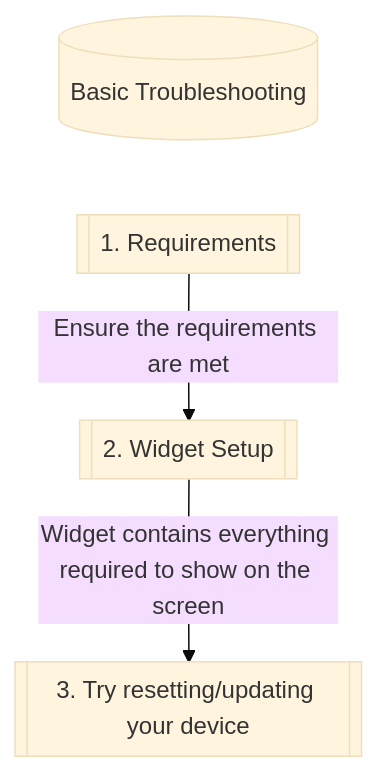
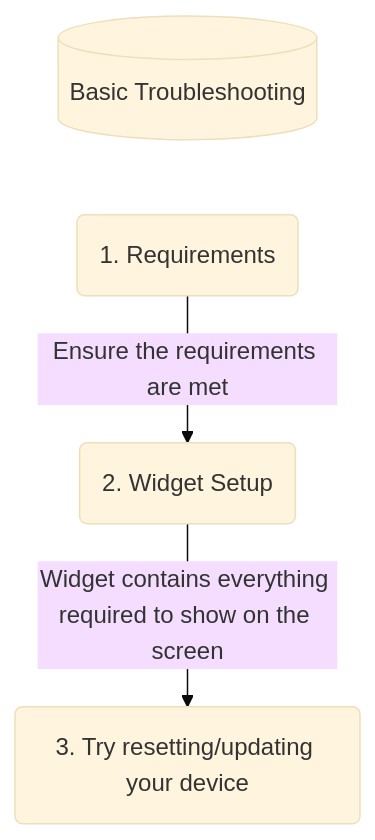
The first of 2 diagrams in README.md (dombartenope/LATroubleShooting), drawn with Mermaid (base theme) before and after one commit.

Commit message:
Mermaid JS Markdown change
Double square brackets was not recognized when shown in the README display for the repo

````diff
--- a/README.md
+++ b/README.md
@@ -4,6 +4,6 @@
 ```mermaid
 flowchart TD
-idLevel1[(Basic Troubleshooting)] ~~~ id1[[1. Requirements]]
--->|Ensure the requirements are met|id2[[2. Widget Setup]] 
--->|Widget contains everything required to show on the screen|id3[[3. Try resetting/updating your device]]
+idLevel1[(Basic Troubleshooting)] ~~~ id1(1. Requirements)
+-->|Ensure the requirements are met|id2(2. Widget Setup)
+-->|Widget contains everything required to show on the screen|id3(3. Try resetting/updating your device)
 ```
````
